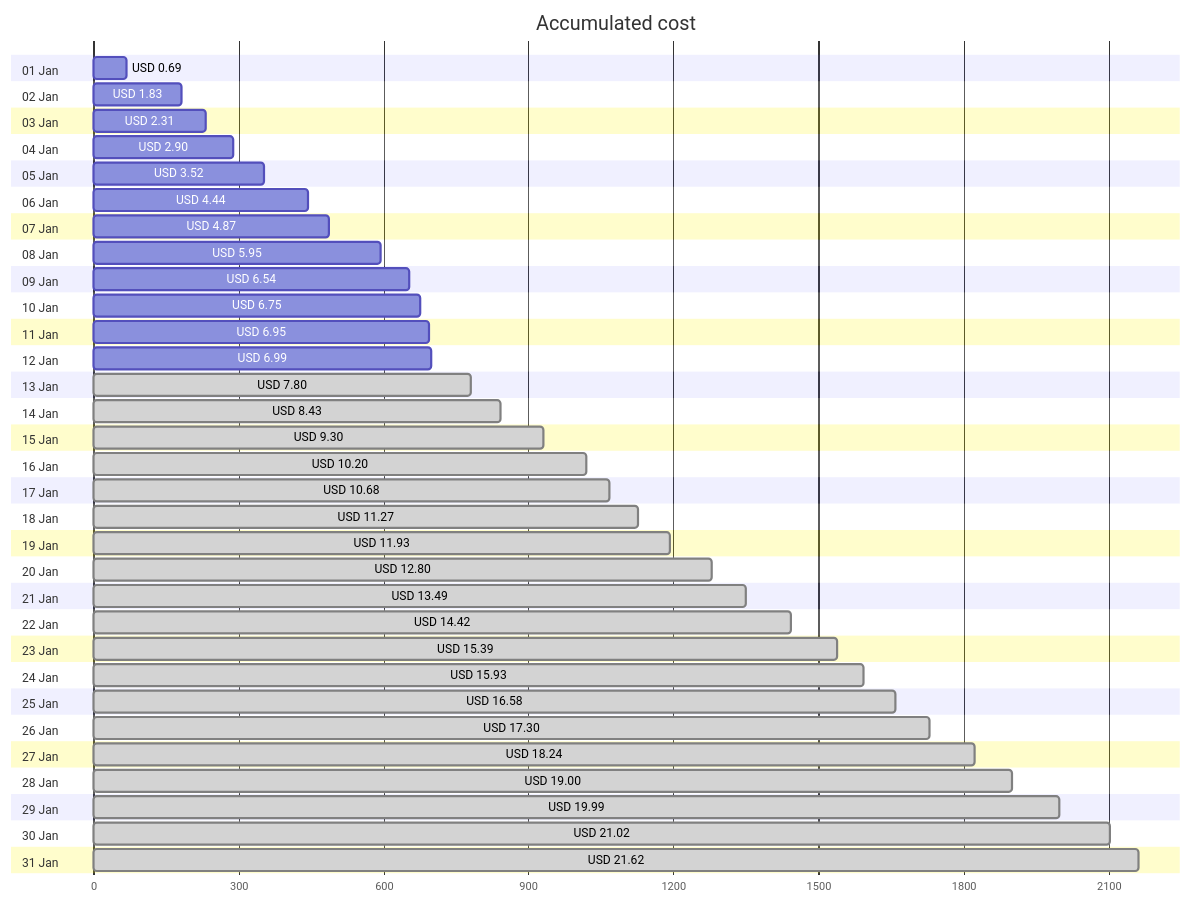
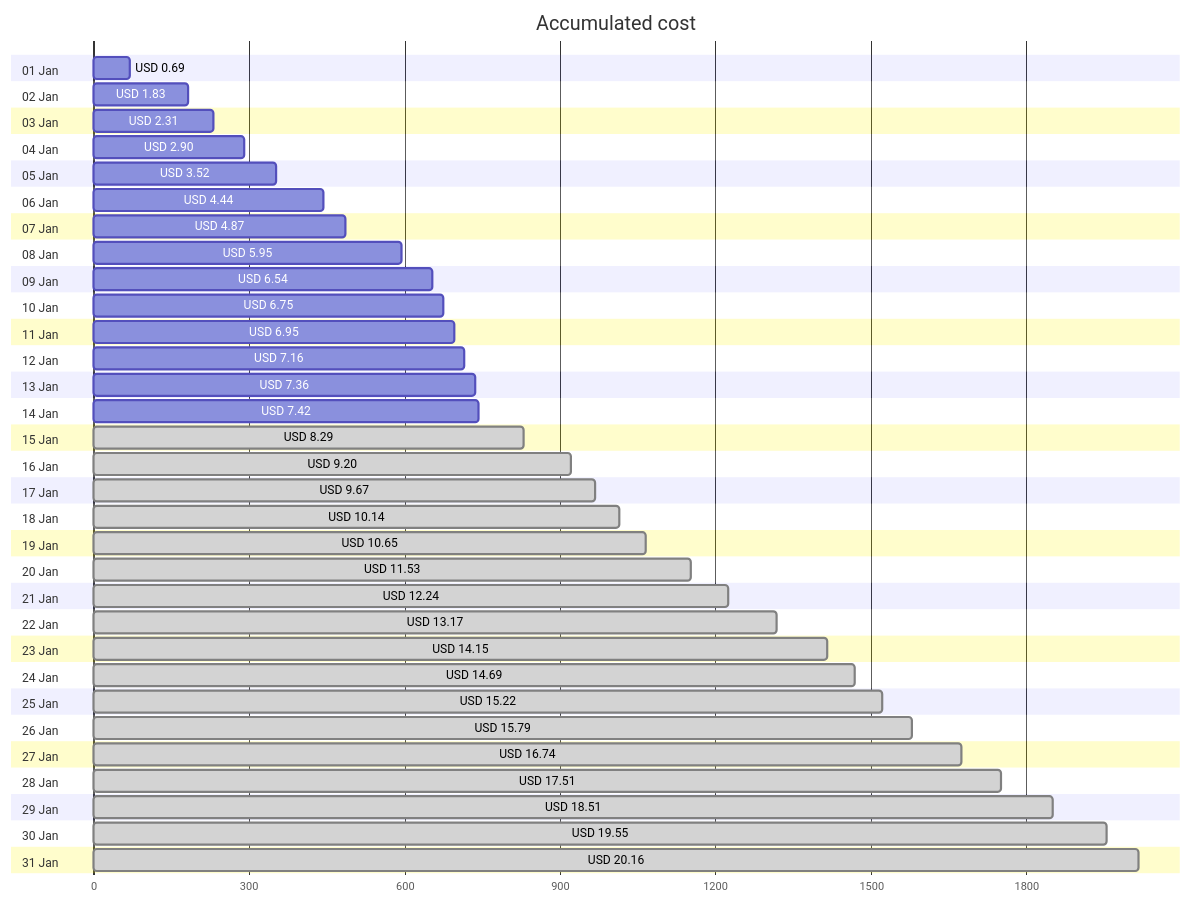
The first of 4 diagrams in cost-reports/personal-network/vpn-server.md (jpfulton/azure-personal-reports), drawn with Mermaid before and after one commit. The commit also changed other lines of this file and 8 other files, not shown here.

````diff
--- a/cost-reports/personal-network/vpn-server.md
+++ b/cost-reports/personal-network/vpn-server.md
@@ -20,68 +20,68 @@
 ```mermaid
 gantt
    title Accumulated cost
    dateFormat  X
    axisFormat %s
    section 01 Jan
    USD 0.69 :0, 69
    section 02 Jan
    USD 1.83 :0, 183
    section 03 Jan
    USD 2.31 :0, 231
    section 04 Jan
    USD 2.90 :0, 290
    section 05 Jan
    USD 3.52 :0, 352
    section 06 Jan
    USD 4.44 :0, 444
    section 07 Jan
    USD 4.87 :0, 487
    section 08 Jan
    USD 5.95 :0, 595
    section 09 Jan
    USD 6.54 :0, 654
    section 10 Jan
    USD 6.75 :0, 675
    section 11 Jan
    USD 6.95 :0, 695
    section 12 Jan
-   USD 6.99 :0, 699
+   USD 7.16 :0, 716
    section 13 Jan
-   USD 7.80 : done, 0, 780
+   USD 7.36 :0, 736
    section 14 Jan
-   USD 8.43 : done, 0, 843
+   USD 7.42 :0, 742
    section 15 Jan
-   USD 9.30 : done, 0, 930
+   USD 8.29 : done, 0, 829
    section 16 Jan
-   USD 10.20 : done, 0, 1020
+   USD 9.20 : done, 0, 920
    section 17 Jan
-   USD 10.68 : done, 0, 1068
+   USD 9.67 : done, 0, 967
    section 18 Jan
-   USD 11.27 : done, 0, 1127
+   USD 10.14 : done, 0, 1014
    section 19 Jan
-   USD 11.93 : done, 0, 1193
+   USD 10.65 : done, 0, 1065
    section 20 Jan
-   USD 12.80 : done, 0, 1280
+   USD 11.53 : done, 0, 1153
    section 21 Jan
-   USD 13.49 : done, 0, 1349
+   USD 12.24 : done, 0, 1224
    section 22 Jan
-   USD 14.42 : done, 0, 1442
+   USD 13.17 : done, 0, 1317
    section 23 Jan
-   USD 15.39 : done, 0, 1539
+   USD 14.15 : done, 0, 1415
    section 24 Jan
-   USD 15.93 : done, 0, 1593
+   USD 14.69 : done, 0, 1469
    section 25 Jan
-   USD 16.58 : done, 0, 1658
+   USD 15.22 : done, 0, 1522
    section 26 Jan
-   USD 17.30 : done, 0, 1730
+   USD 15.79 : done, 0, 1579
    section 27 Jan
-   USD 18.24 : done, 0, 1824
+   USD 16.74 : done, 0, 1674
    section 28 Jan
-   USD 19.00 : done, 0, 1900
+   USD 17.51 : done, 0, 1751
    section 29 Jan
-   USD 19.99 : done, 0, 1999
+   USD 18.51 : done, 0, 1851
    section 30 Jan
-   USD 21.02 : done, 0, 2102
+   USD 19.55 : done, 0, 1955
    section 31 Jan
-   USD 21.62 : done, 0, 2162
+   USD 20.16 : done, 0, 2016
 ```
````
